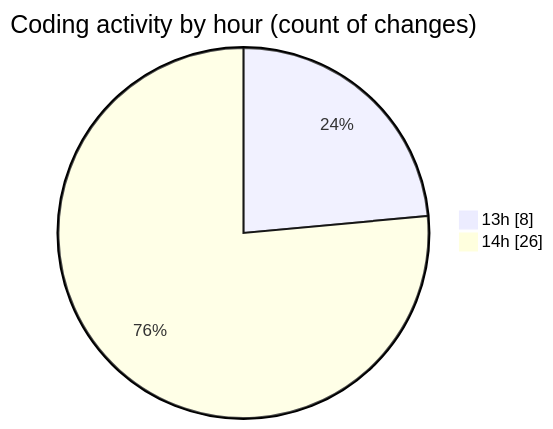
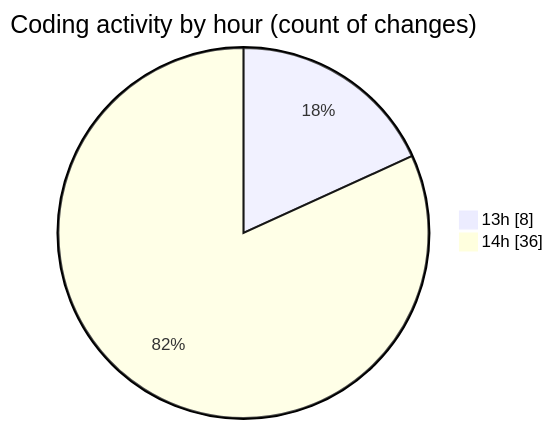
The second of 2 diagrams in 2025-07-15/footballstatsapp/README.md (lephambinh05/code-tracking), drawn with Mermaid before and after one commit. The commit also changed other lines of this file and 1 other file, not shown here.

````diff
--- a/2025-07-15/footballstatsapp/README.md
+++ b/2025-07-15/footballstatsapp/README.md
@@ -48,6 +53,6 @@
 ```mermaid
 pie showData
 title Coding activity by hour (count of changes)
 "13h" : 8
-"14h" : 26
+"14h" : 36
 ```
````
